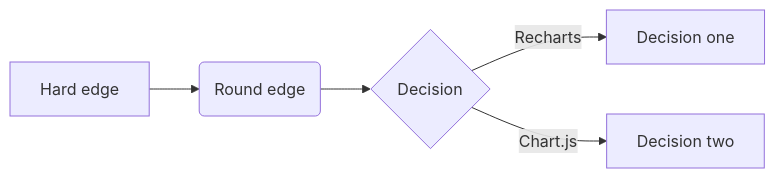
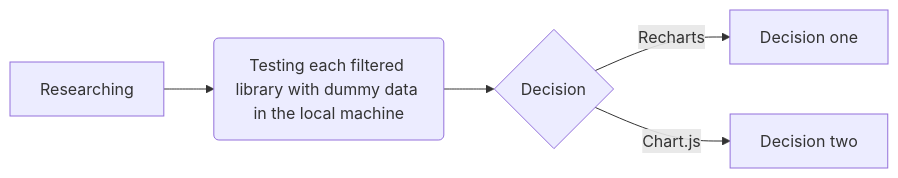
One commit to Khosiyat/Decision-Making-Process-Document changed the diagram in Visualization Librarires.md. Above: the diagram before and after it, drawn with Mermaid.

Commit message:
Update Visualization Librarires.md

````diff
--- a/Visualization Librarires.md
+++ b/Visualization Librarires.md
@@ -4,7 +4,7 @@
 ```mermaid
 graph LR
-A[Hard edge] -->B(Round edge)
+A[Researching] -->B(Testing each filtered library with dummy data in the local machine)
     B --> C{Decision}
     C -->|Recharts| D[Decision one]
     C -->|Chart.js| E[Decision two]
 ```
````
